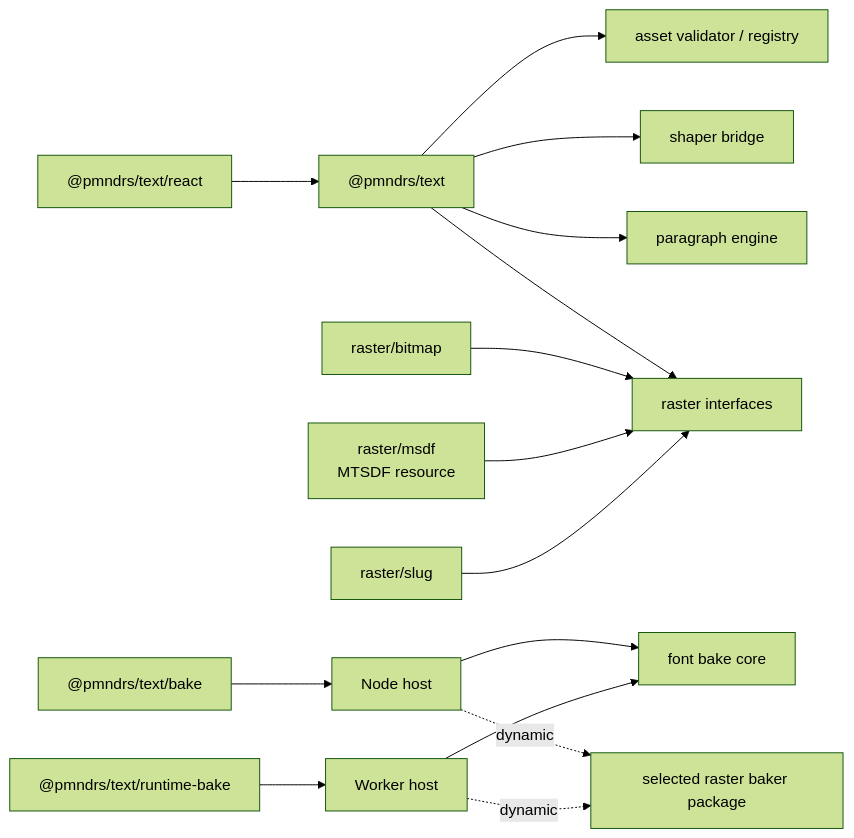
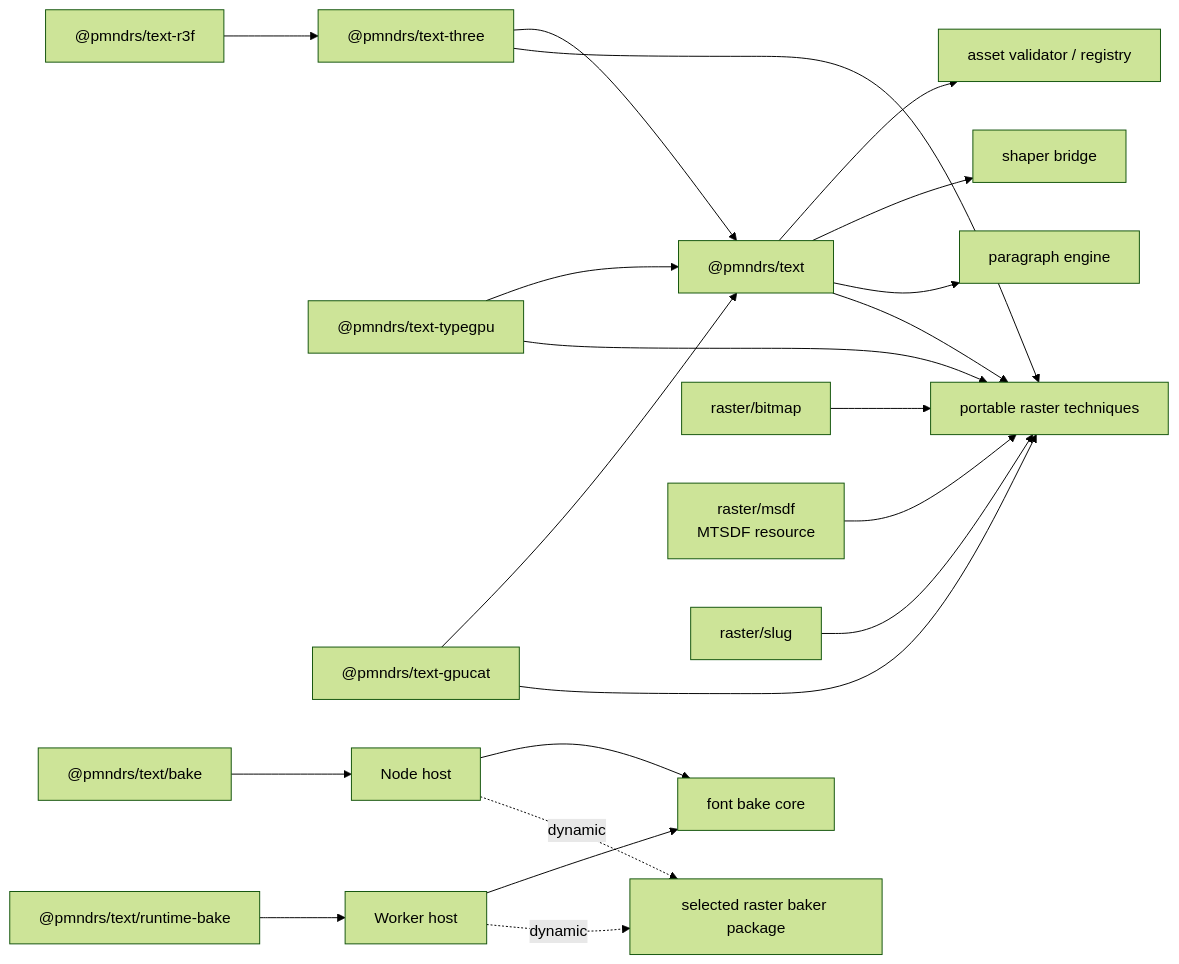
One commit to pmndrs/glyph changed the third of 6 diagrams in docs/planning/architecture.md. Above: the diagram before and after it, drawn with Mermaid (forest theme). The commit also changed other lines of this file and 30 other files, not shown here.

````diff
--- a/docs/planning/architecture.md
+++ b/docs/planning/architecture.md
@@ -247,15 +249,20 @@
 ```mermaid
 flowchart LR
-  React["@pmndrs/text/react"] --> Core["@pmndrs/text"]
+  React["@pmndrs/text-r3f"] --> Three["@pmndrs/text-three"] --> Core["@pmndrs/text"]
+  TypeGPU["@pmndrs/text-typegpu"] --> Core
+  Gpucat["@pmndrs/text-gpucat"] --> Core
   Core --> Registry["asset validator / registry"]
   Core --> Shaper["shaper bridge"]
   Core --> Paragraph["paragraph engine"]
-  Core --> Interfaces["raster interfaces"]
+  Core --> Interfaces["portable raster techniques"]
   Bake["@pmndrs/text/bake"] --> Node["Node host"] --> Shared["font bake core"]
   Runtime["@pmndrs/text/runtime-bake"] --> Worker["Worker host"] --> Shared
   Node -. "dynamic" .-> Generator["selected raster baker package"]
   Worker -. "dynamic" .-> Generator
   Bitmap["raster/bitmap"] --> Interfaces
   Msdf["raster/msdf<br/>MTSDF resource"] --> Interfaces
   Slug["raster/slug"] --> Interfaces
+  Three --> Interfaces
+  TypeGPU --> Interfaces
+  Gpucat --> Interfaces
 ```
````
